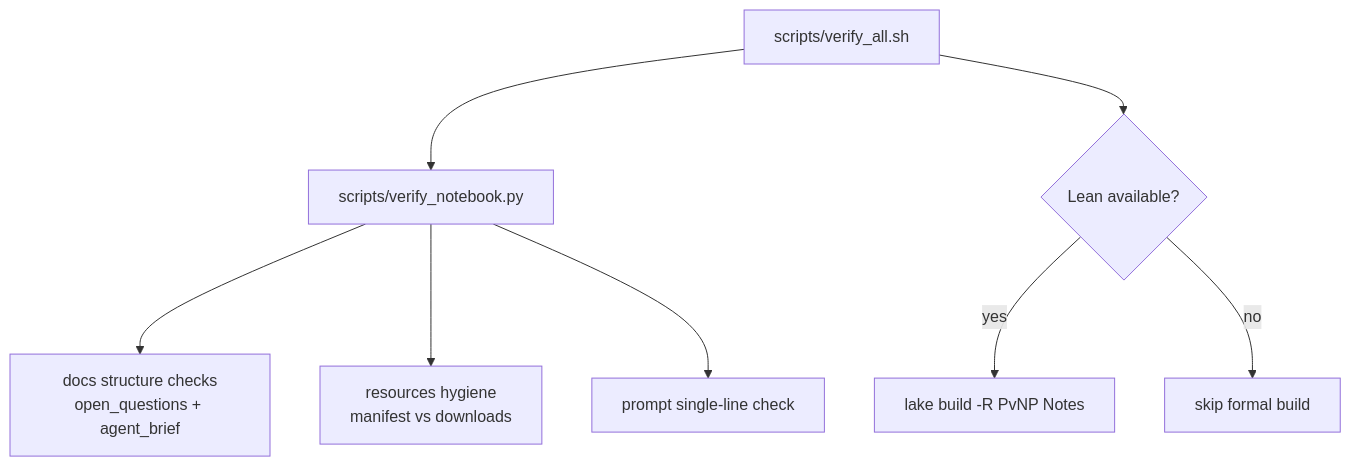
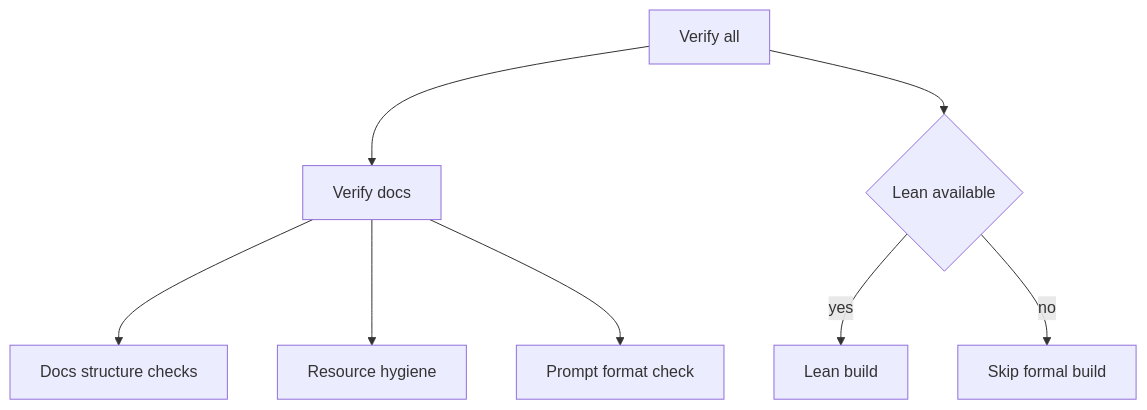
The third of 6 diagrams in ARCHITECTURE.md (Xopoko/Experiment-26_P_vs_NP), drawn with Mermaid before and after one commit. The commit also changed other lines of this file and 4 other files, not shown here.

````diff
--- a/ARCHITECTURE.md
+++ b/ARCHITECTURE.md
@@ -98,10 +98,10 @@
 ```mermaid
 graph TD
-  A[scripts/verify_all.sh] --> B[scripts/verify_notebook.py]
-  B --> C[docs structure checks<br/>open_questions + agent_brief]
-  B --> D[resources hygiene<br/>manifest vs downloads]
-  B --> E[prompt single-line check]
-  A --> F{Lean available?}
-  F -->|yes| G[lake build -R PvNP Notes]
-  F -->|no| H[skip formal build]
+  A[Verify all] --> B[Verify docs]
+  B --> C[Docs structure checks]
+  B --> D[Resource hygiene]
+  B --> E[Prompt format check]
+  A --> F{Lean available}
+  F -->|yes| G[Lean build]
+  F -->|no| H[Skip formal build]
 ```
````
